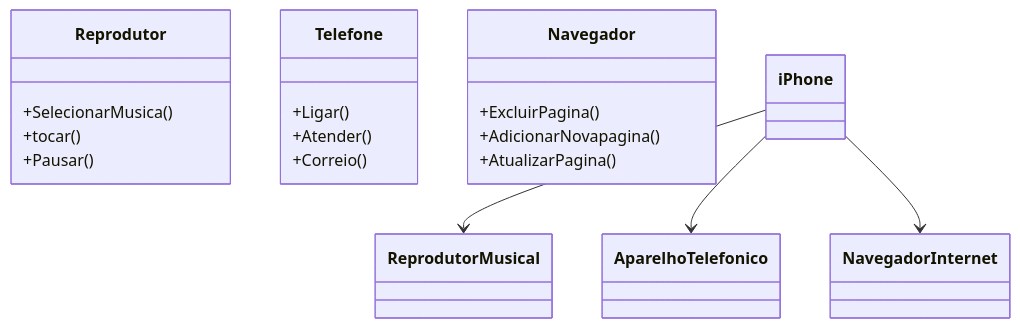
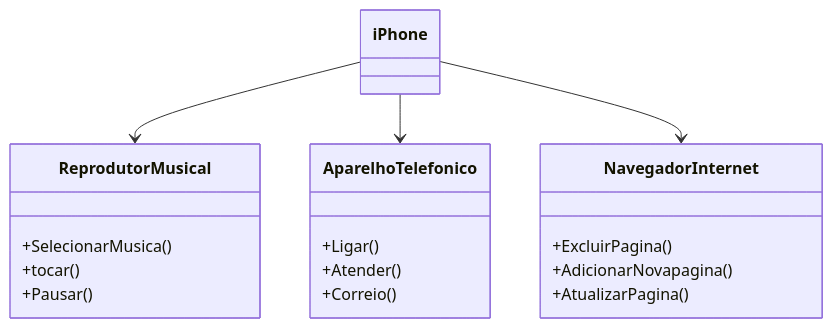
One commit to MarcosMVBA/DIO-Trilha-Java-Basico changed the diagram in Desafios/Poo/Componente-Iphone/README.md. Above: the diagram before and after it, drawn with Mermaid.

````diff
--- a/Desafios/Poo/Componente-Iphone/README.md
+++ b/Desafios/Poo/Componente-Iphone/README.md
@@ -1,26 +1,26 @@
 ```mermaid
 classDiagram
 
-    class Reprodutor{
+    class ReprodutorMusical{
           
       +SelecionarMusica()
       +tocar()
       +Pausar()
       }
 
-    class Telefone{
+    class AparelhoTelefonico{
       +Ligar()
       +Atender()
       +Correio()
     }
-    class Navegador{
+    class NavegadorInternet{
 
       +ExcluirPagina()
       +AdicionarNovapagina()
       +AtualizarPagina()
     }
 
     iPhone --> ReprodutorMusical
     iPhone --> AparelhoTelefonico
     iPhone --> NavegadorInternet
 ```
````
